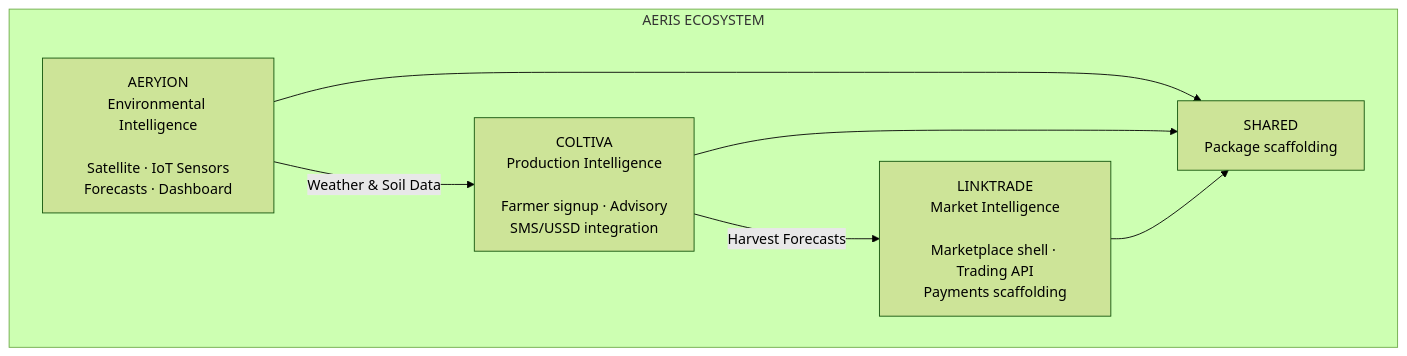
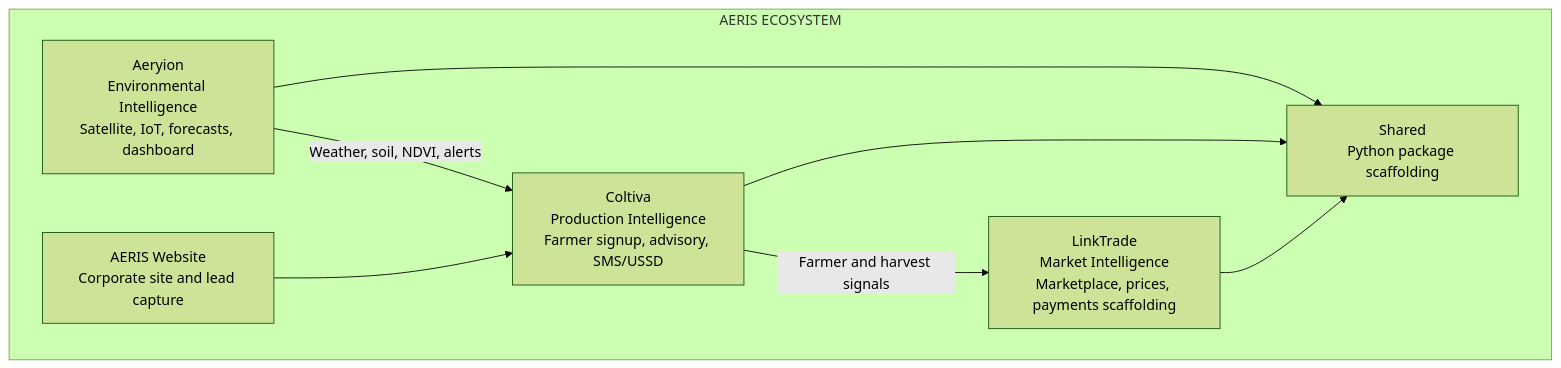
Before and after one commit to aeris-agro/aeris-monorepo: the diagram in README.md, drawn with Mermaid (forest theme). The commit also changed other lines of this file and 3 other files, not shown here.

````diff
--- a/README.md
+++ b/README.md
@@ -9,13 +19,15 @@
 ```mermaid
 graph TD
     subgraph AERIS ECOSYSTEM
-        A["AERYION\nEnvironmental Intelligence\n\nSatellite · IoT Sensors\nForecasts · Dashboard"]
-        C["COLTIVA\nProduction Intelligence\n\nFarmer signup · Advisory\nSMS/USSD integration"]
-        L["LINKTRADE\nMarket Intelligence\n\nMarketplace shell · Trading API\nPayments scaffolding"]
+        A["Aeryion\nEnvironmental Intelligence\nSatellite, IoT, forecasts, dashboard"]
+        C["Coltiva\nProduction Intelligence\nFarmer signup, advisory, SMS/USSD"]
+        L["LinkTrade\nMarket Intelligence\nMarketplace, prices, payments scaffolding"]
+        W["AERIS Website\nCorporate site and lead capture"]
+        S["Shared\nPython package scaffolding"]
 
-        A -->|Weather & Soil Data| C
-        C -->|Harvest Forecasts| L
-
-        A & C & L --> S["SHARED\nPackage scaffolding"]
+        A -->|Weather, soil, NDVI, alerts| C
+        C -->|Farmer and harvest signals| L
+        A & C & L --> S
+        W --> C
     end
 ```
````
